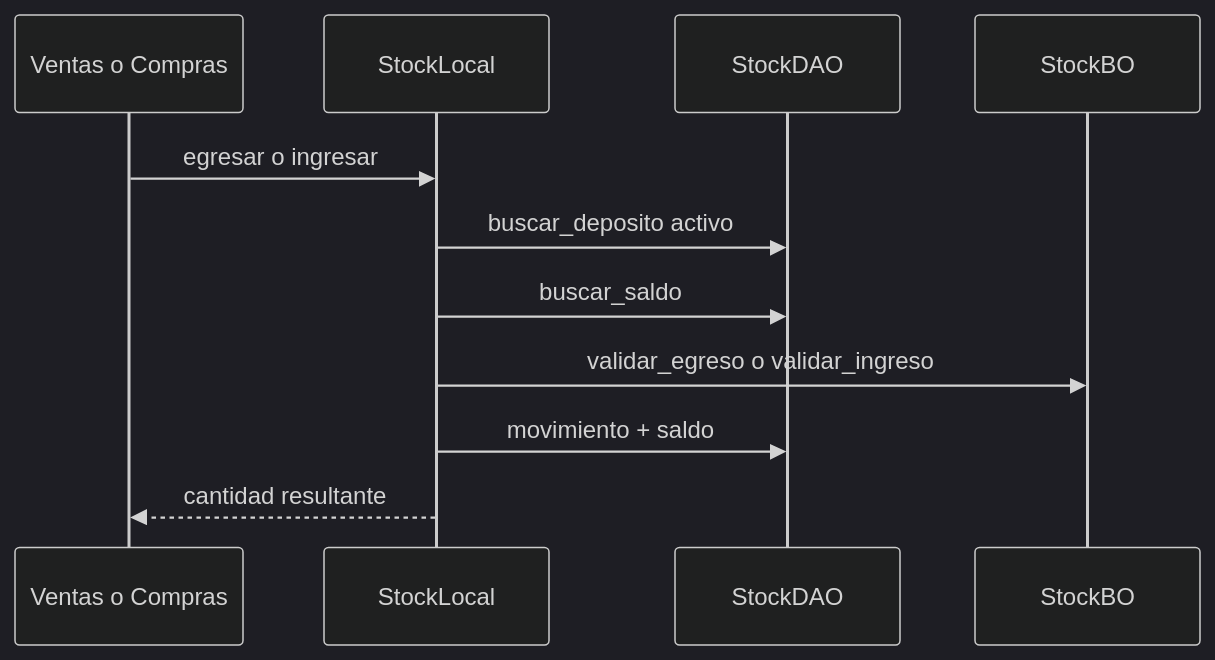
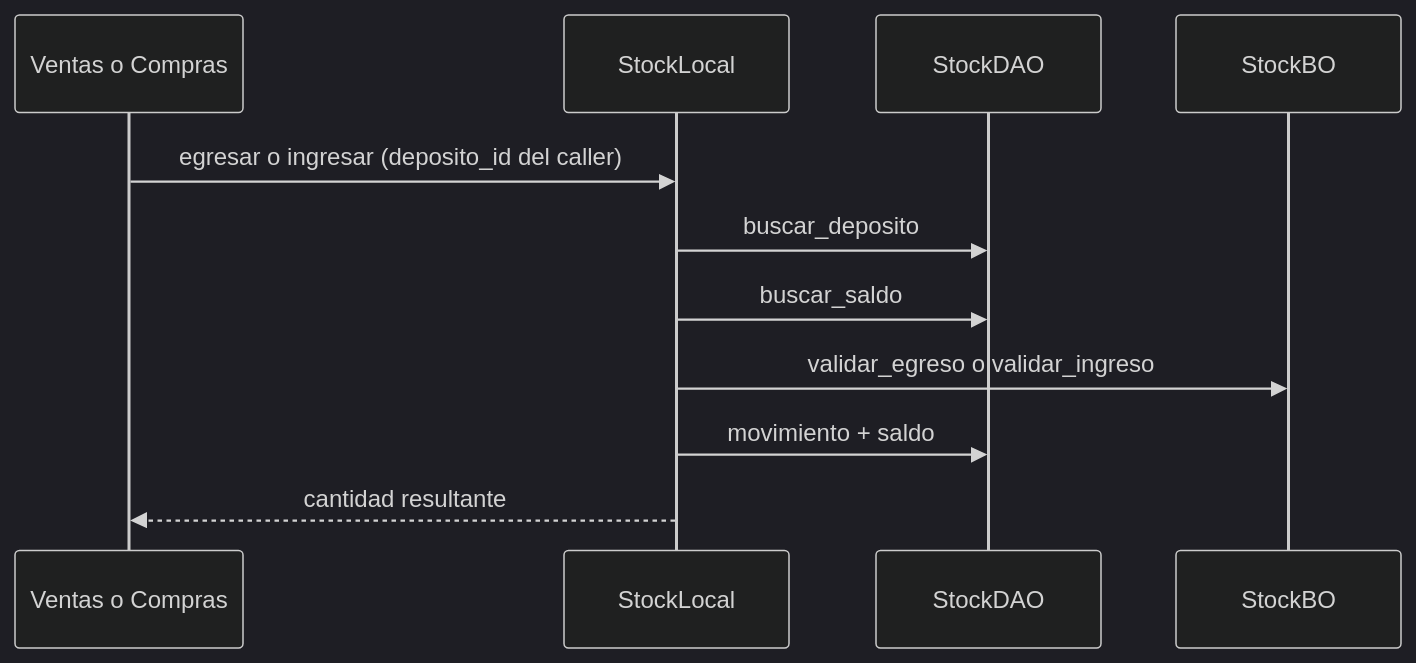
The third of 3 diagrams in docs/diagramas/stock.md (estsan3/ventas360-api), drawn with Mermaid (dark theme) before and after one commit. The commit also changed other lines of this file and 21 other files, not shown here.

First line of the commit message:
docs: re-sincronizar diagramas de secuencia por módulo (2026-11-11)

````diff
--- a/docs/diagramas/stock.md
+++ b/docs/diagramas/stock.md
@@ -56,14 +58,14 @@
 ```mermaid
 sequenceDiagram
     participant Orquestador as Ventas o Compras
     participant Stock as StockLocal
     participant DAO as StockDAO
     participant BO as StockBO
 
-    Orquestador->>Stock: egresar o ingresar
-    Stock->>DAO: buscar_deposito activo
+    Orquestador->>Stock: egresar o ingresar (deposito_id del caller)
+    Stock->>DAO: buscar_deposito
     Stock->>DAO: buscar_saldo
     Stock->>BO: validar_egreso o validar_ingreso
     Stock->>DAO: movimiento + saldo
     Stock-->>Orquestador: cantidad resultante
 ```
````
